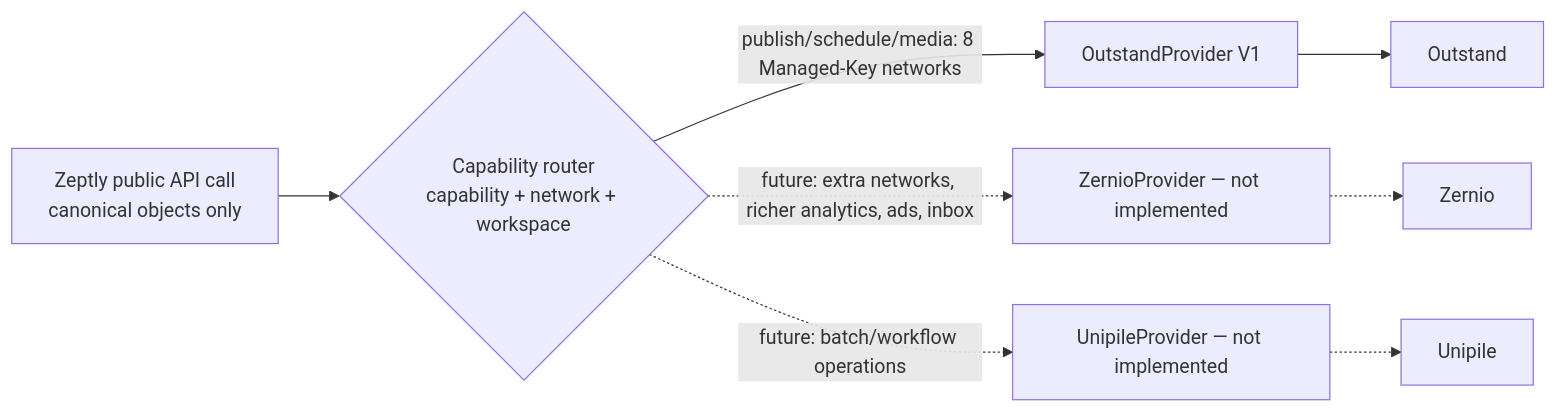
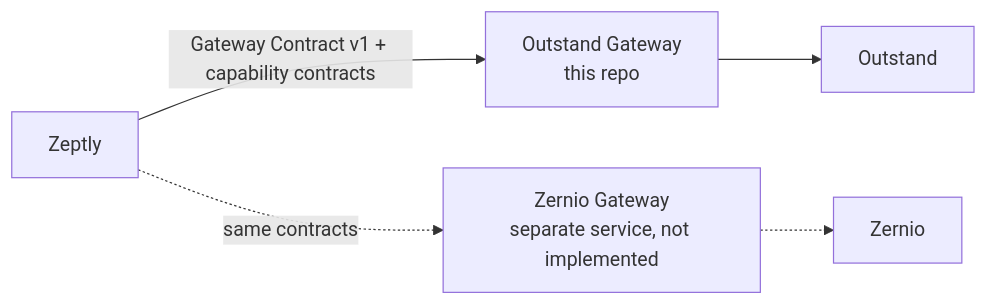
One commit to Zeptly/Social-Channels-Adaptor changed the seventh of 7 diagrams in docs/ARCHITECTURE.md. Above: the diagram before and after it, drawn with Mermaid. The commit also changed other lines of this file and 203 other files, not shown here.

First line of the commit message:
Refactor into the Outstand Gateway (Gateway Contract v1)

````diff
--- a/docs/ARCHITECTURE.md
+++ b/docs/ARCHITECTURE.md
@@ -153,10 +227,7 @@
 ```mermaid
 flowchart LR
-  Z[Zeptly public API call<br/>canonical objects only] --> R{Capability router<br/>capability + network + workspace}
-  R -- "publish/schedule/media: 8 Managed-Key networks" --> OA[OutstandProvider V1]
-  R -. "future: extra networks, richer analytics, ads, inbox" .-> ZE[ZernioProvider — not implemented]
-  R -. "future: batch/workflow operations" .-> UP[UnipileProvider — not implemented]
-  OA --> O[Outstand]
-  ZE -.-> Z2[Zernio]
-  UP -.-> U2[Unipile]
+  Z[Zeptly] -->|Gateway Contract v1 + capability contracts| OG[Outstand Gateway<br/>this repo]
+  Z -.->|same contracts| ZG[Zernio Gateway<br/>separate service, not implemented]
+  OG --> O[Outstand]
+  ZG -.-> ZE[Zernio]
 ```
````
